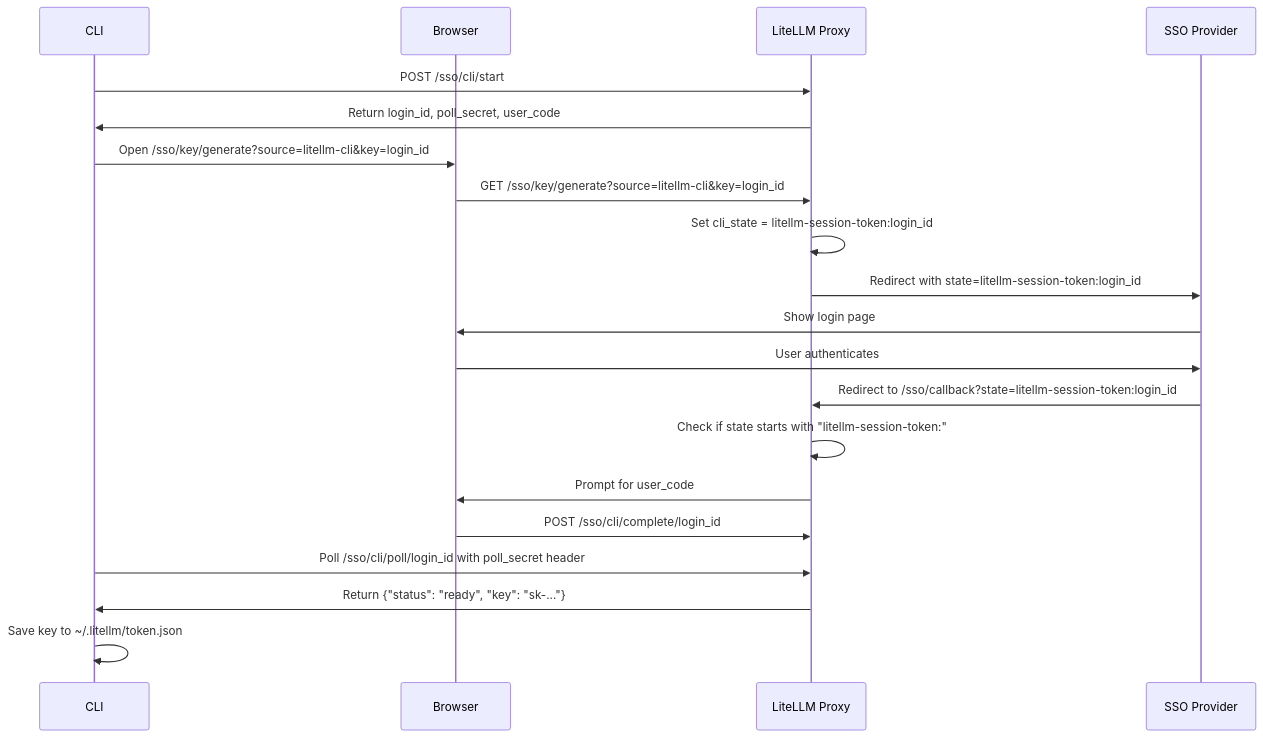
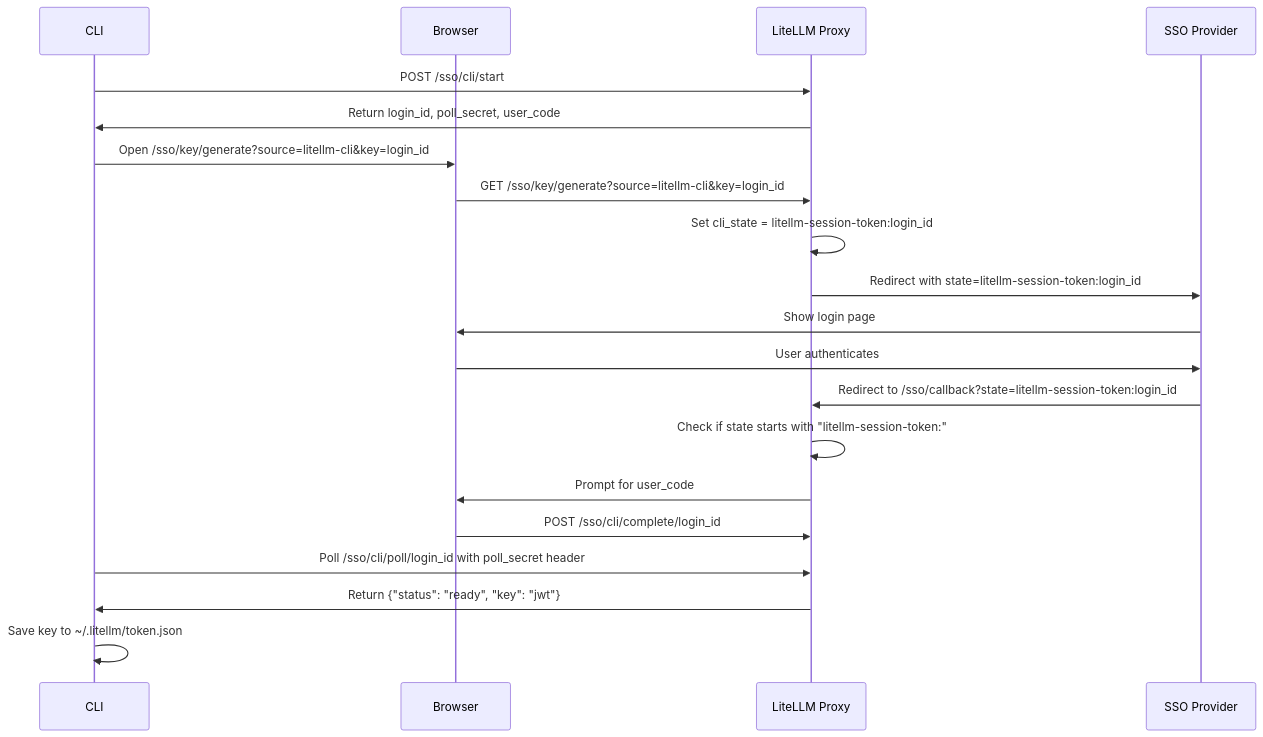
The diagram in litellm/proxy/client/README.md (BerriAI/litellm), drawn with Mermaid before and after one commit. The commit also changed other lines of this file and 8 other files, not shown here.

````diff
--- a/litellm/proxy/client/README.md
+++ b/litellm/proxy/client/README.md
@@ -309,27 +309,27 @@
 ```mermaid
 sequenceDiagram
     participant CLI as CLI
     participant Browser as Browser
     participant Proxy as LiteLLM Proxy
     participant SSO as SSO Provider
     
     CLI->>Proxy: POST /sso/cli/start
     Proxy->>CLI: Return login_id, poll_secret, user_code
     CLI->>Browser: Open /sso/key/generate?source=litellm-cli&key=login_id
     
     Browser->>Proxy: GET /sso/key/generate?source=litellm-cli&key=login_id
     Proxy->>Proxy: Set cli_state = litellm-session-token:login_id
     Proxy->>SSO: Redirect with state=litellm-session-token:login_id
     
     SSO->>Browser: Show login page
     Browser->>SSO: User authenticates
     SSO->>Proxy: Redirect to /sso/callback?state=litellm-session-token:login_id
     
     Proxy->>Proxy: Check if state starts with "litellm-session-token:"
     Proxy->>Browser: Prompt for user_code
     Browser->>Proxy: POST /sso/cli/complete/login_id
     
     CLI->>Proxy: Poll /sso/cli/poll/login_id with poll_secret header
-    Proxy->>CLI: Return {"status": "ready", "key": "sk-..."}
+    Proxy->>CLI: Return {"status": "ready", "key": "jwt"}
     CLI->>CLI: Save key to ~/.litellm/token.json
 ```
````
